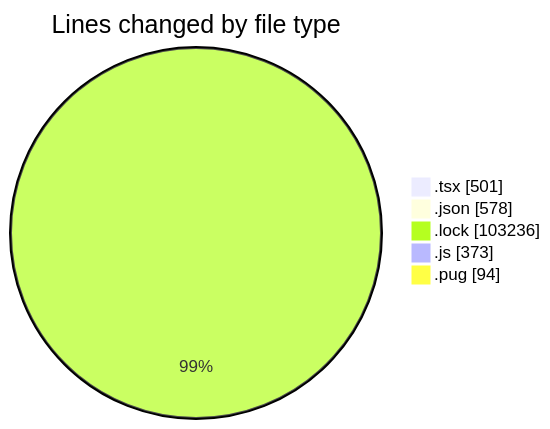
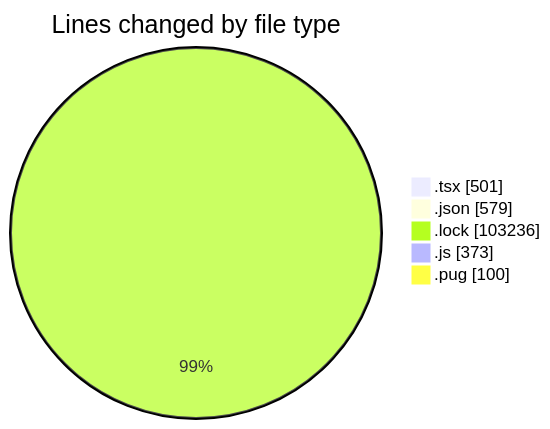
One commit to momahboobian/code-tracking changed the first of 2 diagrams in 2025-03-10/cda/README.md. Above: the diagram before and after it, drawn with Mermaid. The commit also changed other lines of this file and 1 other file, not shown here.

````diff
--- a/2025-03-10/cda/README.md
+++ b/2025-03-10/cda/README.md
@@ -45,9 +45,9 @@
 ```mermaid
 pie showData
 title Lines changed by file type
 ".tsx" : 501
-".json" : 578
+".json" : 579
 ".lock" : 103236
 ".js" : 373
-".pug" : 94
+".pug" : 100
 ```
````
